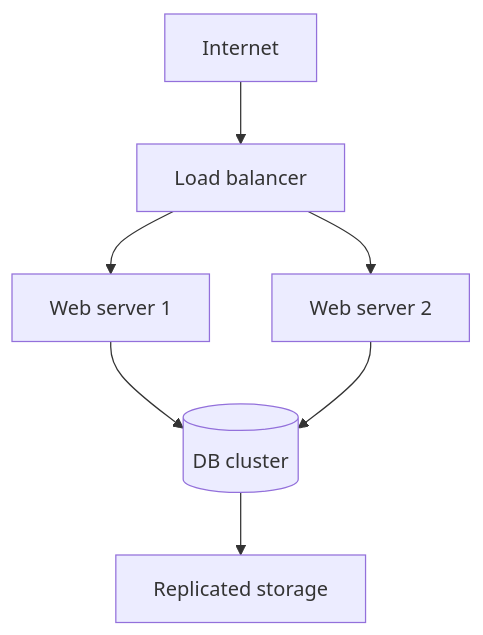
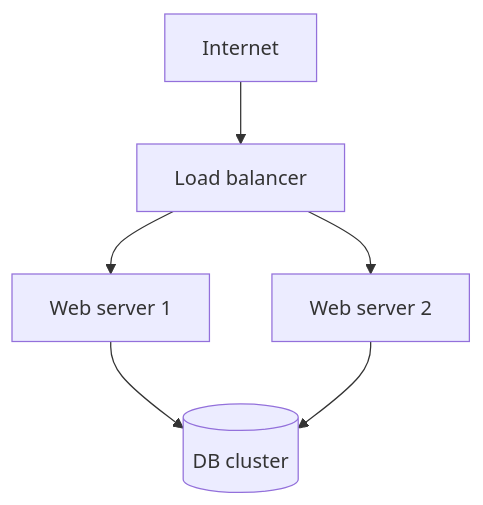
Before and after one commit to hareramcse/SystemDesign: the fifth of 21 diagrams in 12-reliability-engineering/README.md, drawn with Mermaid. The commit also changed other lines of this file, not shown here.

````diff
--- a/12-reliability-engineering/README.md
+++ b/12-reliability-engineering/README.md
@@ -247,9 +144,8 @@
 ```mermaid
 flowchart TB
     Internet[Internet] --> LB[Load balancer]
     LB --> WS1[Web server 1]
     LB --> WS2[Web server 2]
     WS1 --> DBC[(DB cluster)]
     WS2 --> DBC
-    DBC --> Storage[Replicated storage]
 ```
````
